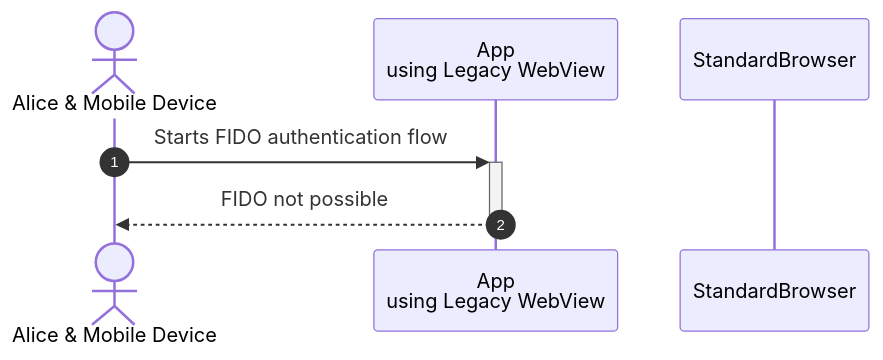
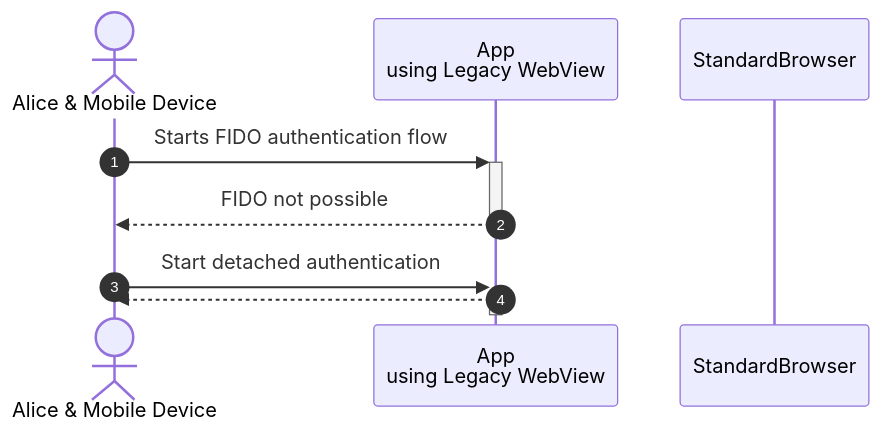
One commit to denniskniep/denniskniep.github.io changed the first of 2 diagrams in content/posts/01-detached-fido-authentication.md. Above: the diagram before and after it, drawn with Mermaid.

Commit message:
Troubleshoot mermaid syntax error

````diff
--- a/content/posts/01-detached-fido-authentication.md
+++ b/content/posts/01-detached-fido-authentication.md
@@ -45,12 +45,15 @@
 ```mermaid
 
 sequenceDiagram
     autonumber
     actor Alice as Alice & Mobile Device
     participant WebView as App<br/>using Legacy WebView
     participant Browser as StandardBrowser
  
     Alice->>+WebView: Starts FIDO authentication flow
     WebView-->>-Alice: FIDO not possible
 
+    Alice->>+WebView: Start detached authentication
+    WebView-->>-Alice: 
+
 ```
````
